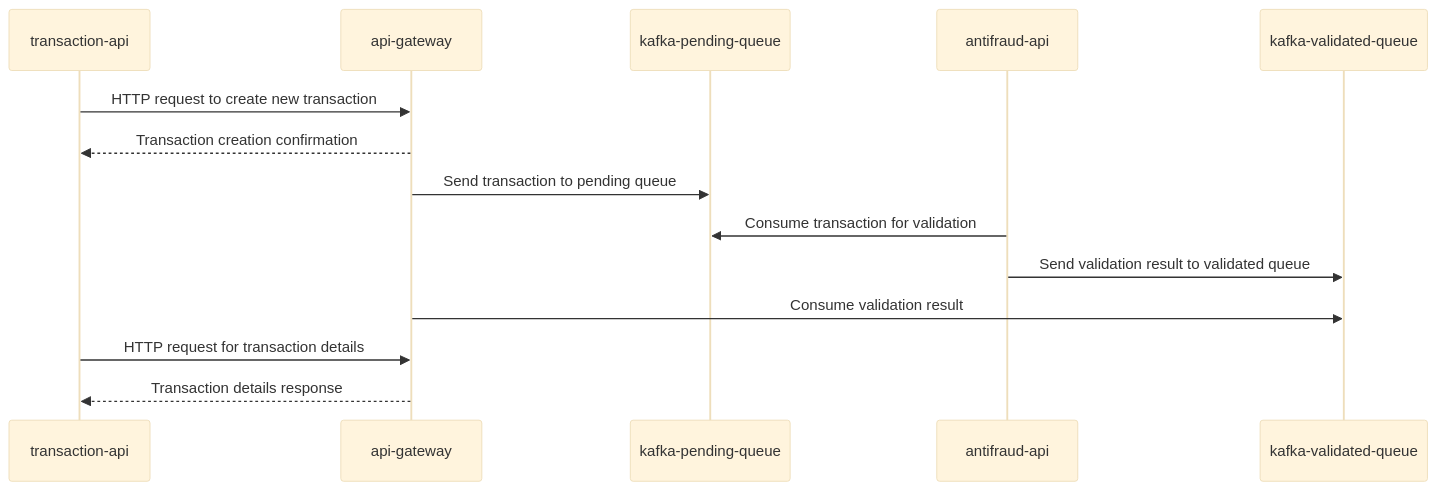
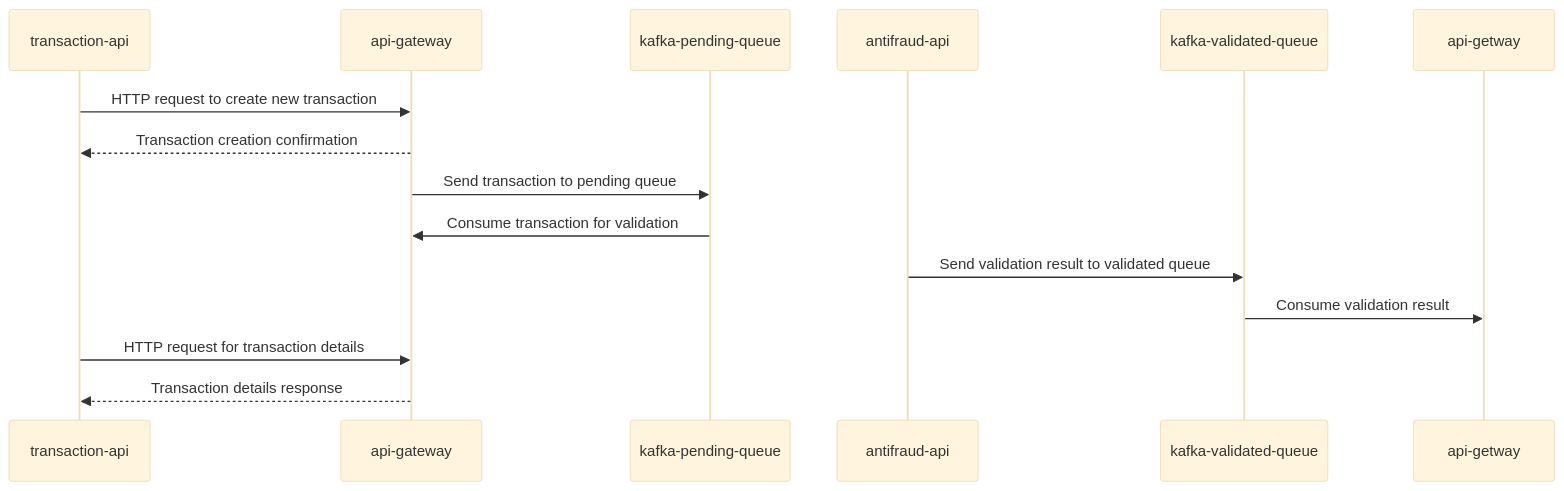
The second of 2 diagrams in README.md (garciagf05/app-nodejs-codechallenge), drawn with Mermaid (base theme) before and after one commit.

````diff
--- a/README.md
+++ b/README.md
@@ -97,17 +97,17 @@
 ```mermaid
   sequenceDiagram
     participant transaction-api
     participant api-gateway
     participant kafka-pending-queue
     participant antifraud-api
     participant kafka-validated-queue
 
     transaction-api->>api-gateway: HTTP request to create new transaction
     api-gateway-->>transaction-api: Transaction creation confirmation
     api-gateway->>kafka-pending-queue: Send transaction to pending queue
-    antifraud-api->>kafka-pending-queue: Consume transaction for validation
+    kafka-pending-queue->>api-gateway: Consume transaction for validation
     antifraud-api->>kafka-validated-queue: Send validation result to validated queue
-    api-gateway->>kafka-validated-queue: Consume validation result
+    kafka-validated-queue->>api-getway: Consume validation result
     transaction-api->>api-gateway: HTTP request for transaction details
     api-gateway-->>transaction-api: Transaction details response
 ```
````
